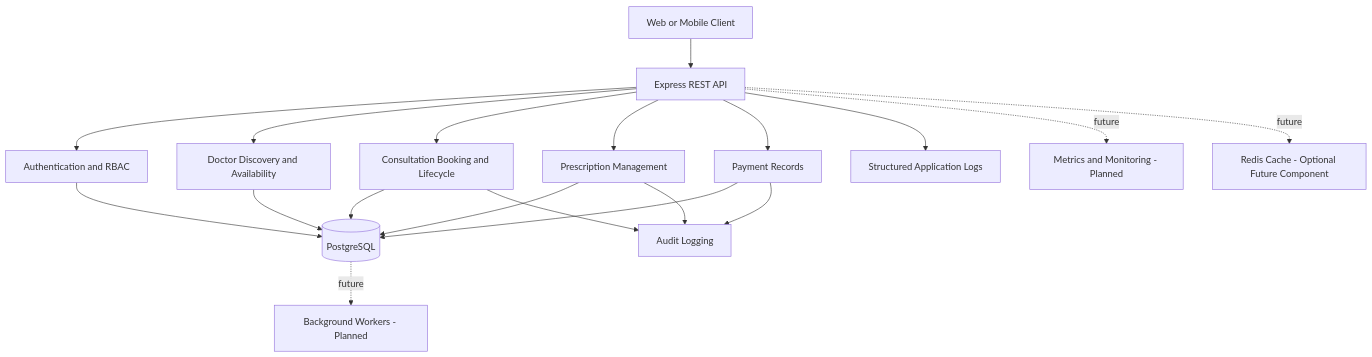
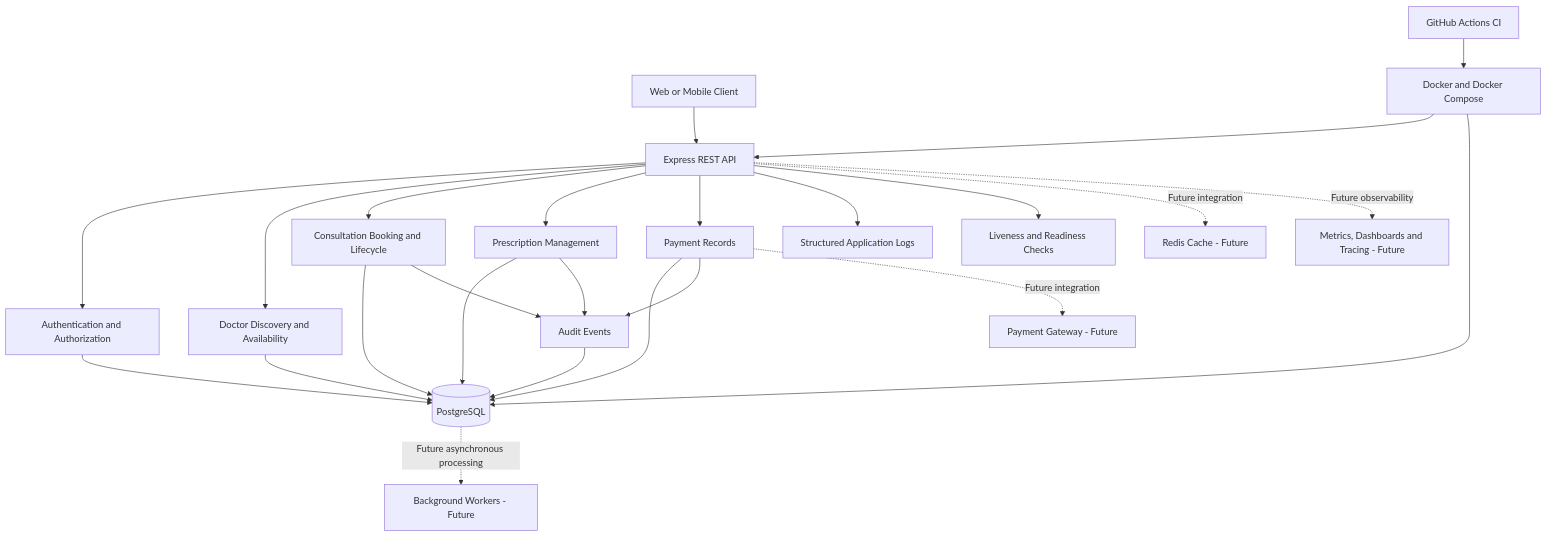
One commit to ashishmishra4444/amrutam-telemedicine-backend changed the first of 3 diagrams in docs/architecture.md. Above: the diagram before and after it, drawn with Mermaid. The commit also changed other lines of this file and 2 other files, not shown here.

Commit message:
docs: update architecture, security, and OpenAPI specifications

````diff
--- a/docs/architecture.md
+++ b/docs/architecture.md
@@ -23,35 +27,49 @@
 ```mermaid
 flowchart TB
-    Client[Web or Mobile Client]
-    API[Express REST API]
-    Auth[Authentication and RBAC]
-    Doctors[Doctor Discovery and Availability]
-    Consultations[Consultation Booking and Lifecycle]
-    Prescriptions[Prescription Management]
-    Payments[Payment Records]
-    Audit[Audit Logging]
-    DB[(PostgreSQL)]
-    Logs[Structured Application Logs]
-    Metrics[Metrics and Monitoring - Planned]
-    Jobs[Background Workers - Planned]
-    Cache[Redis Cache - Optional Future Component]
+    Client["Web or Mobile Client"]
+    API["Express REST API"]
+    Auth["Authentication and Authorization"]
+    Doctors["Doctor Discovery and Availability"]
+    Consultations["Consultation Booking and Lifecycle"]
+    Prescriptions["Prescription Management"]
+    Payments["Payment Records"]
+    Audit["Audit Events"]
+    DB[("PostgreSQL")]
+    Logs["Structured Application Logs"]
+    Health["Liveness and Readiness Checks"]
+    CI["GitHub Actions CI"]
+    Docker["Docker and Docker Compose"]
+    Cache["Redis Cache - Future"]
+    Jobs["Background Workers - Future"]
+    Metrics["Metrics, Dashboards and Tracing - Future"]
+    Gateway["Payment Gateway - Future"]
 
     Client --> API
     API --> Auth
     API --> Doctors
     API --> Consultations
     API --> Prescriptions
     API --> Payments
+
     Auth --> DB
     Doctors --> DB
     Consultations --> DB
     Prescriptions --> DB
     Payments --> DB
+
     Consultations --> Audit
     Prescriptions --> Audit
     Payments --> Audit
+    Audit --> DB
+
     API --> Logs
-    API -. future .-> Metrics
-    API -. future .-> Cache
-    DB -. future .-> Jobs
+    API --> Health
+    CI --> Docker
+    Docker --> API
+    Docker --> DB
+
+    API -. "Future integration" .-> Cache
+    DB -. "Future asynchronous processing" .-> Jobs
+    API -. "Future observability" .-> Metrics
+    Payments -. "Future integration" .-> Gateway
 ```
````
